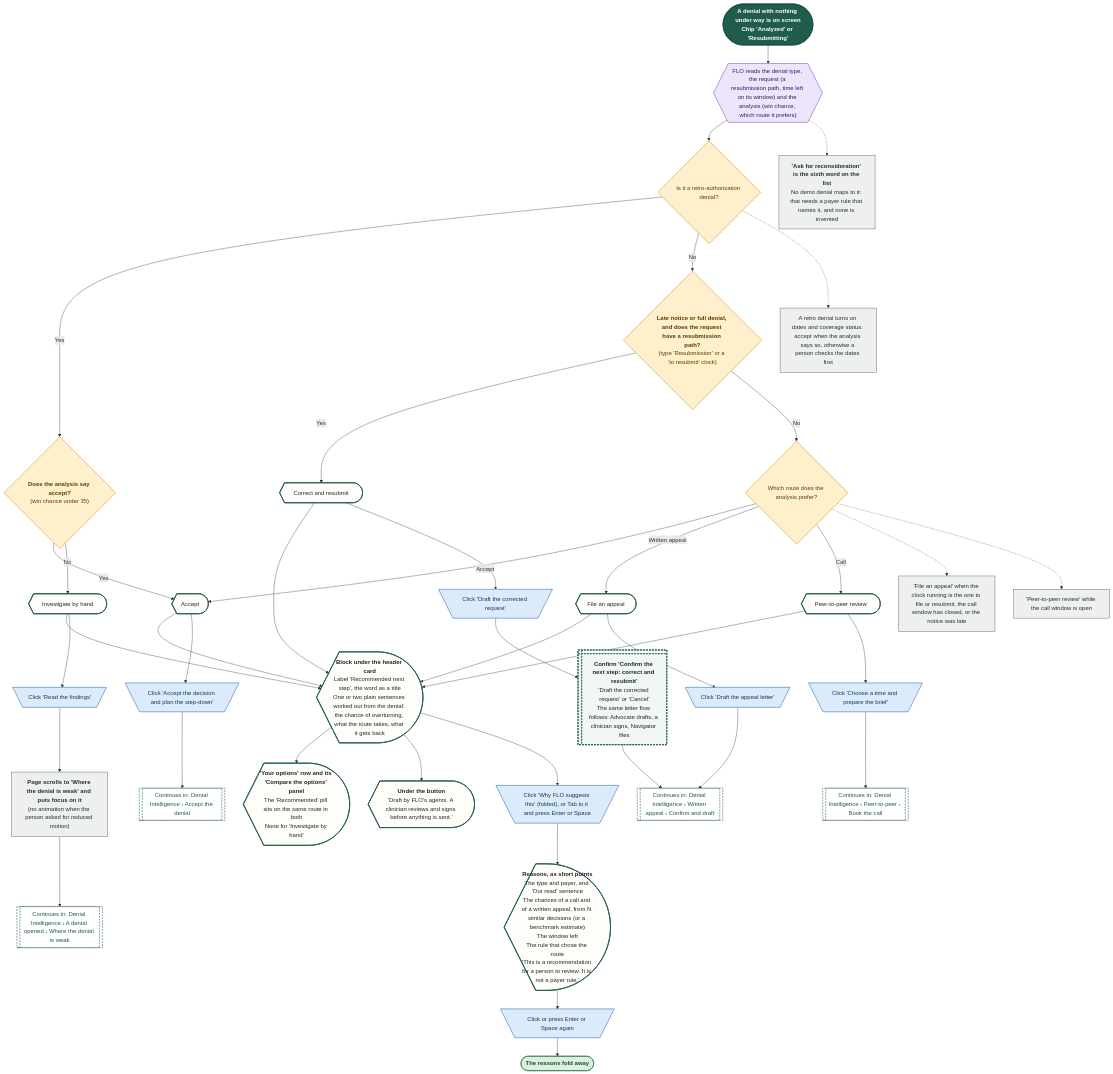
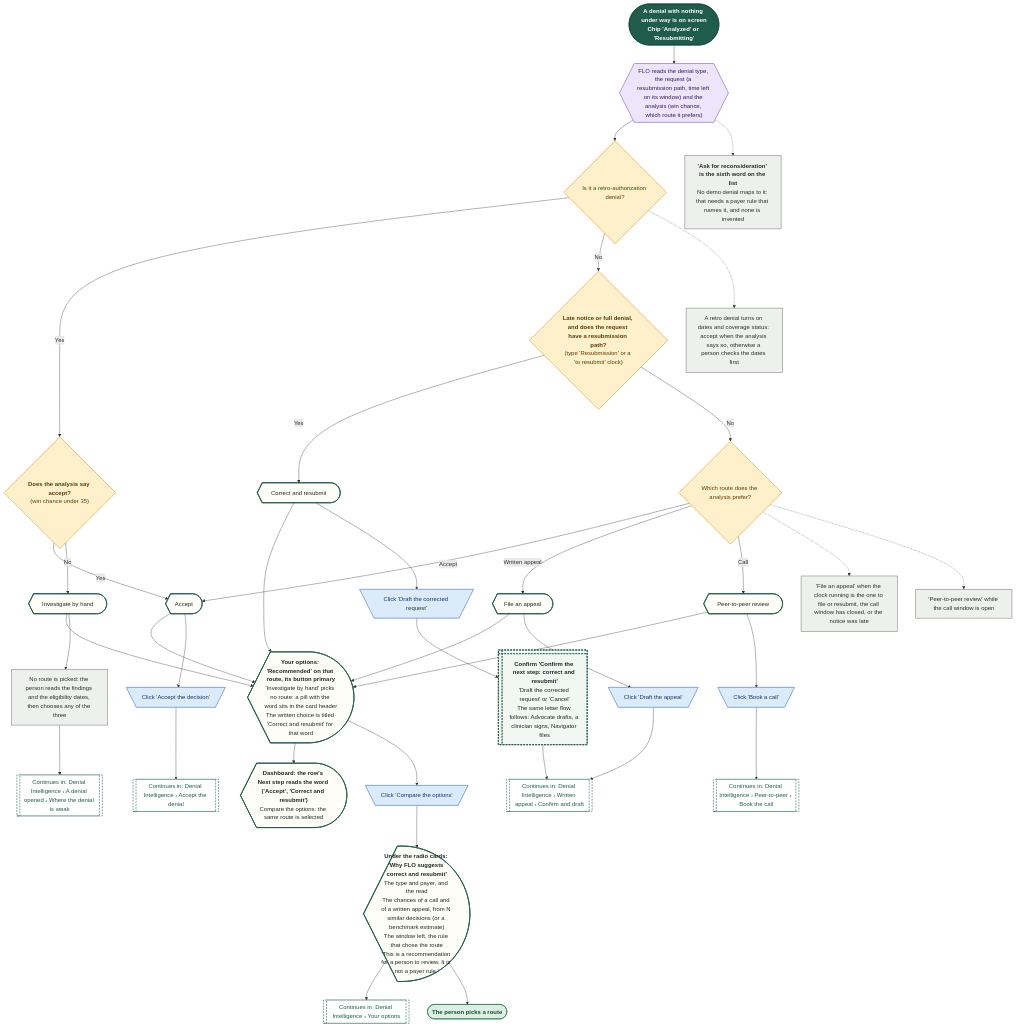
One commit to Shrav143/psyfloapp changed diagram 15 of 28 in demos/prior-auth-demo/workflows/out/md/06-denials.md. Above: the diagram before and after it, drawn with Mermaid. The commit also changed other lines of this file and 202 other files, not shown here.

First line of the commit message:
docs: round 6 README, CONVENTIONS, spec section 17, diagram module blurbs and 336 rebuilt diagrams

````diff
--- a/demos/prior-auth-demo/workflows/out/md/06-denials.md
+++ b/demos/prior-auth-demo/workflows/out/md/06-denials.md
@@ -1218,24 +1097,22 @@
   n1@{ shape: rect, label: "A retro denial turns on dates and coverage status: accept when the analysis says so, otherwise a person checks the dates first" }
   n2@{ shape: rect, label: "'File an appeal' when the clock running is the one to file or resubmit, the call window has closed, or the notice was late" }
   n3@{ shape: rect, label: "'Peer-to-peer review' while the call window is open" }
-  blk@{ shape: curv-trap, label: "<b>Block under the header card</b><br/>Label 'Recommended next step', the word as a title<br/>One or two plain sentences worked out from the denial: the chance of overturning, what the route takes, what it gets back" }
-  opt@{ shape: curv-trap, label: "<b>'Your options' row and its 'Compare the options' panel</b><br/>The 'Recommended' pill sits on the same route in both<br/>None for 'Investigate by hand'" }
-  b1@{ shape: trap-t, label: "Click 'Accept the decision and plan the step-down'" }
-  b2@{ shape: trap-t, label: "Click 'Choose a time and prepare the brief'" }
-  b3@{ shape: trap-t, label: "Click 'Draft the appeal letter'" }
+  blk@{ shape: curv-trap, label: "<b>Your options: 'Recommended' on that route, its button primary</b><br/>'Investigate by hand' picks no route: a pill with the word sits in the card header<br/>The written choice is titled 'Correct and resubmit' for that word" }
+  opt@{ shape: curv-trap, label: "<b>Dashboard: the row's Next step reads the word ('Accept', 'Correct and resubmit')</b><br/>Compare the options: the same route is selected" }
+  b1@{ shape: trap-t, label: "Click 'Accept the decision'" }
+  b2@{ shape: trap-t, label: "Click 'Book a call'" }
+  b3@{ shape: trap-t, label: "Click 'Draft the appeal'" }
   b4@{ shape: trap-t, label: "Click 'Draft the corrected request'" }
-  b5@{ shape: trap-t, label: "Click 'Read the findings'" }
-  pf@{ shape: rect, label: "<b>Page scrolls to 'Where the denial is weak' and puts focus on it</b><br/>(no animation when the person asked for reduced motion)" }
+  pf@{ shape: rect, label: "No route is picked: the person reads the findings and the eligibility dates, then chooses any of the three" }
   g1@{ shape: subproc, label: "Continues in: Denial Intelligence › Accept the denial" }
   g2@{ shape: subproc, label: "Continues in: Denial Intelligence › Peer-to-peer › Book the call" }
   g3@{ shape: subproc, label: "Continues in: Denial Intelligence › Written appeal › Confirm and draft" }
   o4@{ shape: win-pane, label: "<b>Confirm 'Confirm the next step: correct and resubmit'</b><br/>'Draft the corrected request' or 'Cancel'<br/>The same letter flow follows: Advocate drafts, a clinician signs, Navigator files" }
   g4@{ shape: subproc, label: "Continues in: Denial Intelligence › A denial opened › Where the denial is weak" }
-  rn@{ shape: curv-trap, label: "<b>Under the button</b><br/>'Draft by FLO's agents. A clinician reviews and signs before anything is sent.'" }
-  wy@{ shape: trap-t, label: "Click 'Why FLO suggests this' (folded), or Tab to it and press Enter or Space" }
-  wr@{ shape: curv-trap, label: "<b>Reasons, as short points</b><br/>The type and payer, and 'Our read' sentence<br/>The chances of a call and of a written appeal, from N similar decisions (or a benchmark estimate)<br/>The window left<br/>The rule that chose the route<br/>'This is a recommendation for a person to review. It is not a payer rule.'" }
-  wc@{ shape: trap-t, label: "Click or press Enter or Space again" }
-  e1@{ shape: stadium, label: "The reasons fold away" }
+  wy@{ shape: trap-t, label: "Click 'Compare the options'" }
+  wr@{ shape: curv-trap, label: "<b>Under the radio cards: 'Why FLO suggests correct and resubmit'</b><br/>The type and payer, and the read<br/>The chances of a call and of a written appeal, from N similar decisions (or a benchmark estimate)<br/>The window left, the rule that chose the route<br/>'This is a recommendation for a person to review. It is not a payer rule.'" }
+  gc@{ shape: subproc, label: "Continues in: Denial Intelligence › Your options" }
+  e1@{ shape: stadium, label: "The person picks a route" }
   s1 --> a1 --> d1
   d1 -->|"Yes"| d2
   d2 -->|"Yes"| w1
@@ -1252,20 +1129,20 @@
   a1 -.-> w6
   w1 & w2 & w3 & w4 & w5 --> blk
   blk --> opt
-  blk --> rn
   w1 --> b1 --> g1
   w5 --> b2 --> g2
   w4 --> b3 --> g3
   w3 --> b4 --> o4 --> g3
-  w2 --> b5 --> pf --> g4
-  blk --> wy --> wr --> wc --> e1
+  w2 --> pf --> g4
+  blk --> wy --> wr --> gc
+  wr --> e1
   class s1 k_start
   class a1 k_agent
   class d1,d2,d3,d4 k_decision
-  class w1,w2,w3,w4,w5,blk,opt,rn,wr k_screen
+  class w1,w2,w3,w4,w5,blk,opt,wr k_screen
   class w6,n1,n2,n3,pf k_process
-  class b1,b2,b3,b4,b5,wy,wc k_click
-  class g1,g2,g3,g4 k_goto
+  class b1,b2,b3,b4,wy k_click
+  class g1,g2,g3,g4,gc k_goto
   class o4 k_overlay
   class e1 k_end
 ```
````
